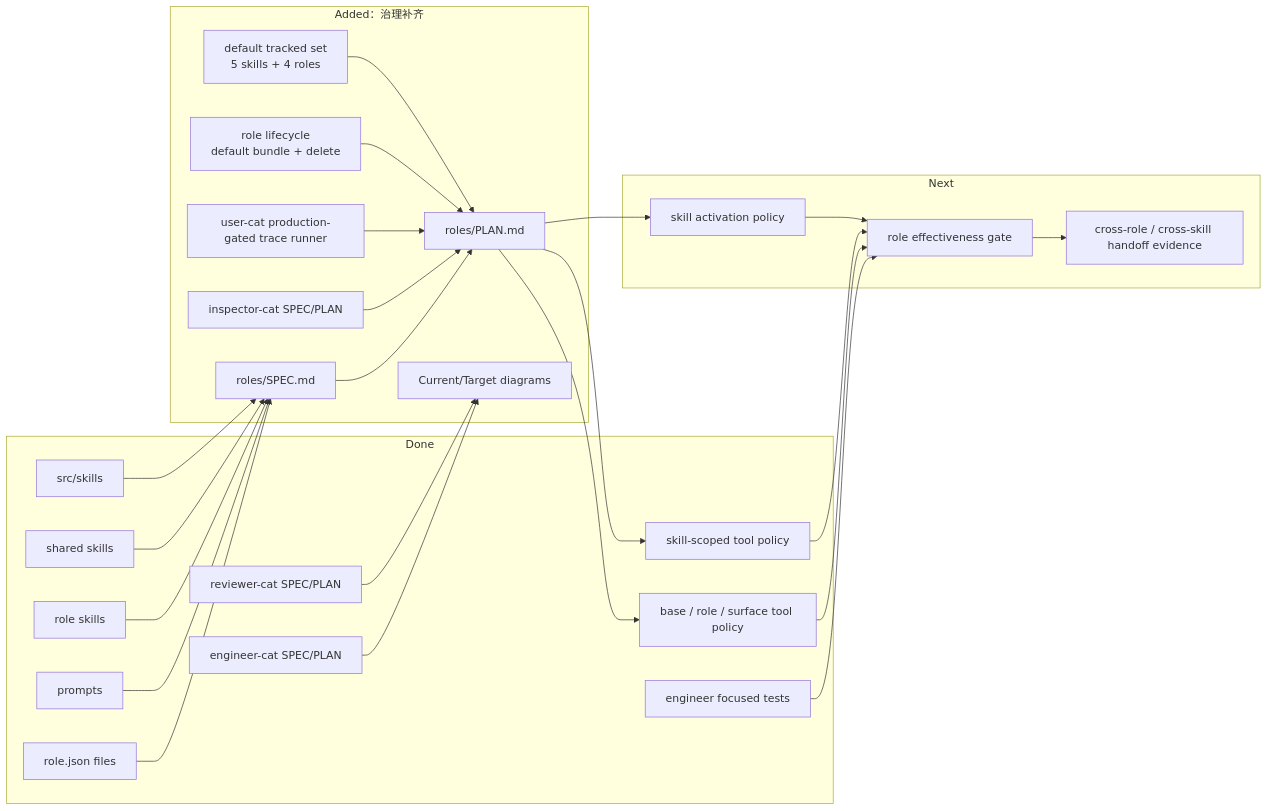
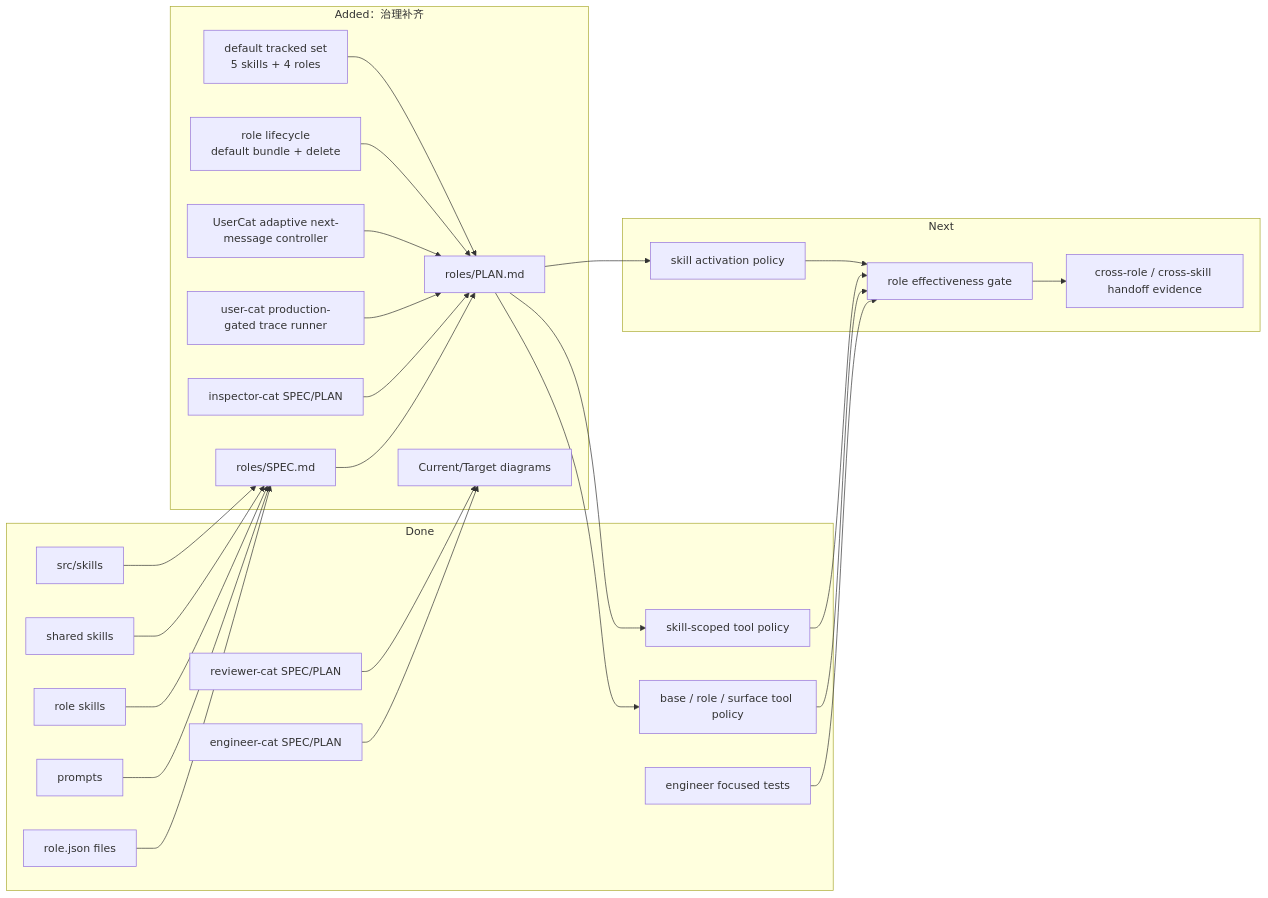
One commit to fightheyyy/XiaoBa-CLI changed the diagram in roles/PLAN.md. Above: the diagram before and after it, drawn with Mermaid. The commit also changed other lines of this file and 65 other files, not shown here.

````diff
--- a/roles/PLAN.md
+++ b/roles/PLAN.md
@@ -15,52 +15,54 @@
 ```mermaid
 flowchart LR
     subgraph Done["Done"]
         RoleJson["role.json files"]
         Prompts["prompts"]
         Skills["role skills"]
         SharedSkills["shared skills"]
         SkillRuntime["src/skills"]
         EngineerDocs["engineer-cat SPEC/PLAN"]
         EngineerChecks["engineer focused tests"]
         ReviewerDocs["reviewer-cat SPEC/PLAN"]
         ToolPolicy["base / role / surface tool policy"]
         ScopedPolicy["skill-scoped tool policy"]
     end
 
     subgraph Added["Added：治理补齐"]
         RolesSpec["roles/SPEC.md"]
         RolesPlan["roles/PLAN.md"]
         InspectorDocs["inspector-cat SPEC/PLAN"]
         UserAssets["user-cat production-gated trace runner"]
+        AdaptiveUser["UserCat adaptive next-message controller"]
         RoleLifecycle["role lifecycle<br/>default bundle + delete"]
         DefaultTracked["default tracked set<br/>5 skills + 4 roles"]
         Diagrams["Current/Target diagrams"]
     end
 
     subgraph Next["Next"]
         RoleEval["role effectiveness gate"]
         SkillPolicy["skill activation policy"]
         Handoff["cross-role / cross-skill handoff evidence"]
     end
 
     RoleJson --> RolesSpec
     Prompts --> RolesSpec
     Skills --> RolesSpec
     SharedSkills --> RolesSpec
     SkillRuntime --> RolesSpec
     EngineerDocs --> Diagrams
     EngineerChecks --> RoleEval
     ReviewerDocs --> Diagrams
     RolesSpec --> RolesPlan
     InspectorDocs --> RolesPlan
     UserAssets --> RolesPlan
+    AdaptiveUser --> RolesPlan
     RoleLifecycle --> RolesPlan
     DefaultTracked --> RolesPlan
     RolesPlan --> ToolPolicy
     RolesPlan --> ScopedPolicy
     RolesPlan --> SkillPolicy
     ToolPolicy --> RoleEval
     ScopedPolicy --> RoleEval
     SkillPolicy --> RoleEval
     RoleEval --> Handoff
 ```
````
